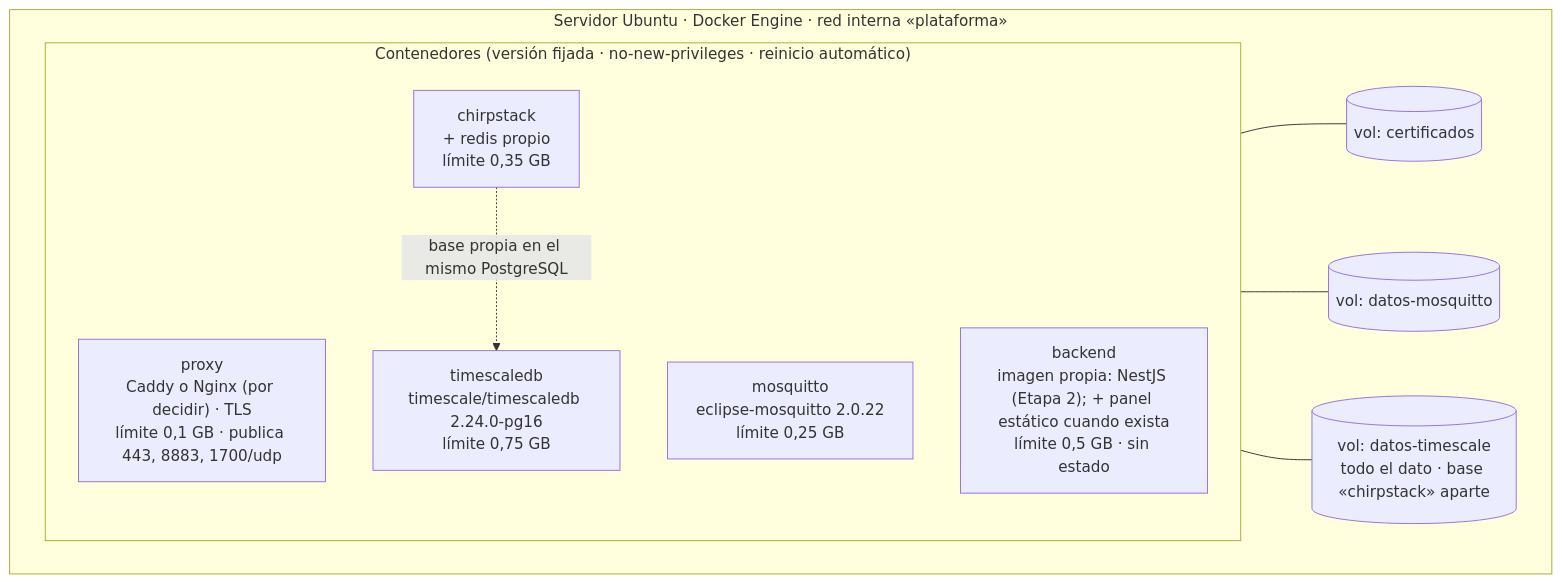
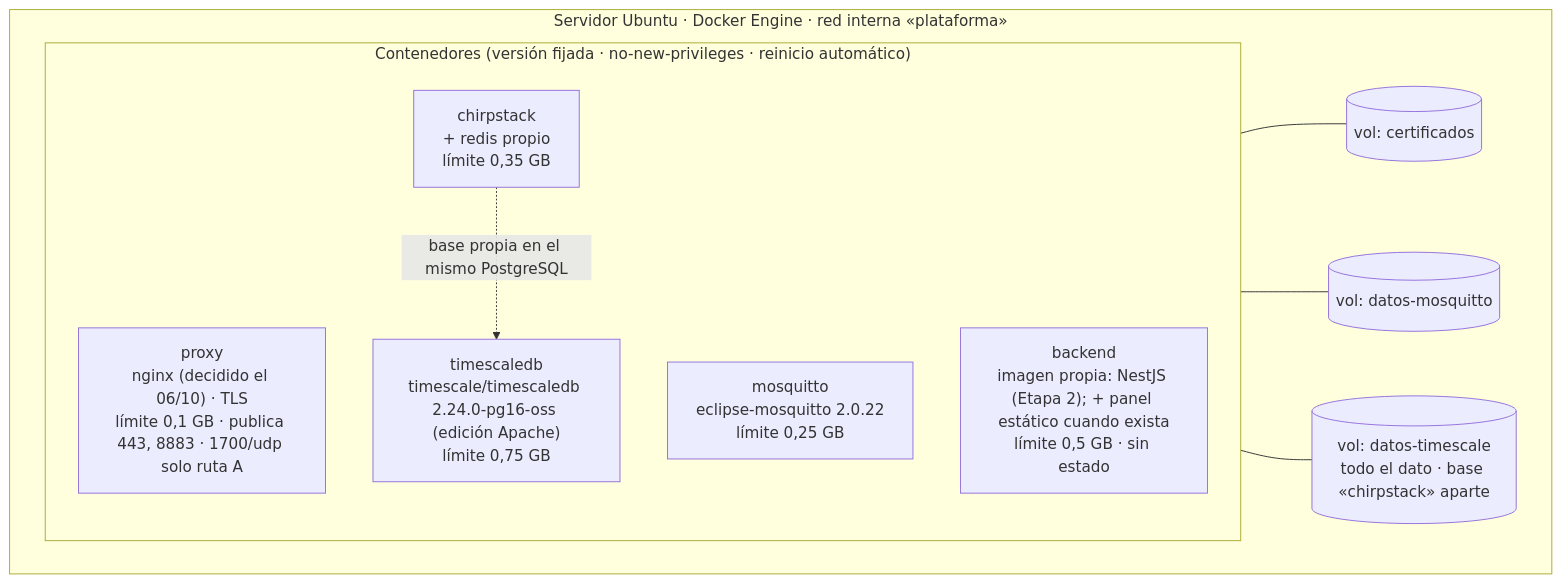
Before and after one commit to vicenterami/tesis: the diagram in informe-oficial/figuras/mermaid/despliegue.mmd, drawn with Mermaid. The commit also changed 8 other files, not shown here.

First line of the commit message:
Adopta la edición Apache de TimescaleDB, fija nginx como proxy y registra las decisiones de la noche del 06/10

```diff
--- a/informe-oficial/figuras/mermaid/despliegue.mmd
+++ b/informe-oficial/figuras/mermaid/despliegue.mmd
@@ -1,19 +1,19 @@
 flowchart TB
     subgraph HOST["Servidor Ubuntu · Docker Engine · red interna «plataforma»"]
         direction LR
         subgraph SVC["Contenedores (versión fijada · no-new-privileges · reinicio automático)"]
             direction TB
-            C5["proxy<br/>Caddy o Nginx (por decidir) · TLS<br/>límite 0,1 GB · publica 443, 8883, 1700/udp"]
+            C5["proxy<br/>nginx (decidido el 06/10) · TLS<br/>límite 0,1 GB · publica 443, 8883 · 1700/udp solo ruta A"]
             C1["mosquitto<br/>eclipse-mosquitto 2.0.22<br/>límite 0,25 GB"]
             C2["chirpstack<br/>+ redis propio<br/>límite 0,35 GB"]
             C4["backend<br/>imagen propia: NestJS (Etapa 2); + panel estático cuando exista<br/>límite 0,5 GB · sin estado"]
-            C3["timescaledb<br/>timescale/timescaledb 2.24.0-pg16<br/>límite 0,75 GB"]
+            C3["timescaledb<br/>timescale/timescaledb 2.24.0-pg16-oss (edición Apache)<br/>límite 0,75 GB"]
         end
         V4[("vol: certificados")]
         V2[("vol: datos-mosquitto")]
         V1[("vol: datos-timescale<br/>todo el dato · base «chirpstack» aparte")]
     end
     C5 --- V4
     C1 --- V2
     C3 --- V1
     C2 -. "base propia en el mismo PostgreSQL" .-> C3
```
